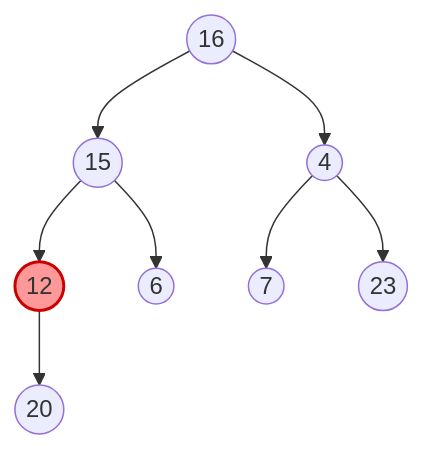
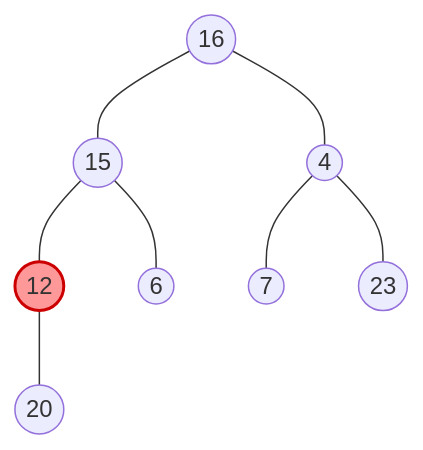
Diagram 13 of 17 in lectures/lect-11-Heap.md (ruslylove/datastruct), drawn with Mermaid before and after one commit. The commit also changed other lines of this file, not shown here.

Commit message:
update diagram and bottom-up heap theorem.

````diff
--- a/lectures/lect-11-Heap.md
+++ b/lectures/lect-11-Heap.md
@@ -440,11 +440,11 @@
 ```mermaid {scale: 0.8}
 graph TD
-    A((16)) --> B((15))
-    A --> C((4))
-    B --> D((12))
-    B --> E((6))
-    C --> F((7))
-    C --> G((23))
-    D --> H((20))
+    A((16)) --- B((15))
+    A --- C((4))
+    B --- D((12))
+    B --- E((6))
+    C --- F((7))
+    C --- G((23))
+    D --- H((20))
     style D fill:#f99,stroke:#c00,stroke-width:2px
 ```
````
